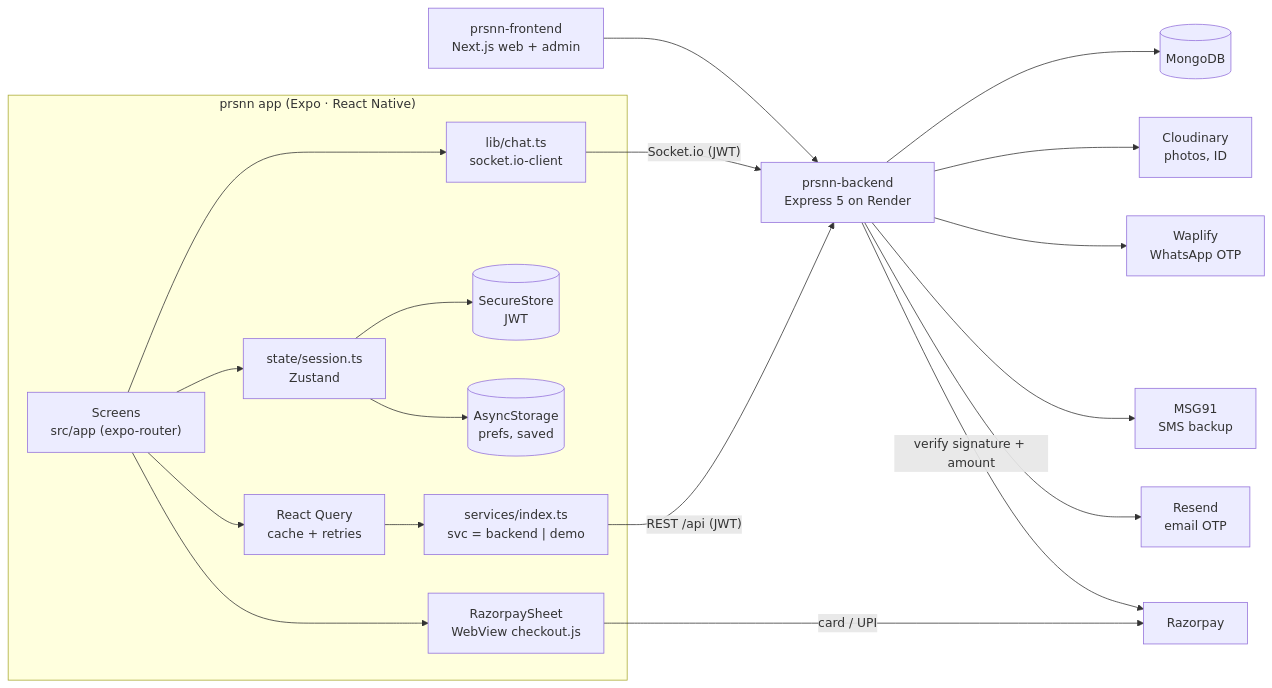
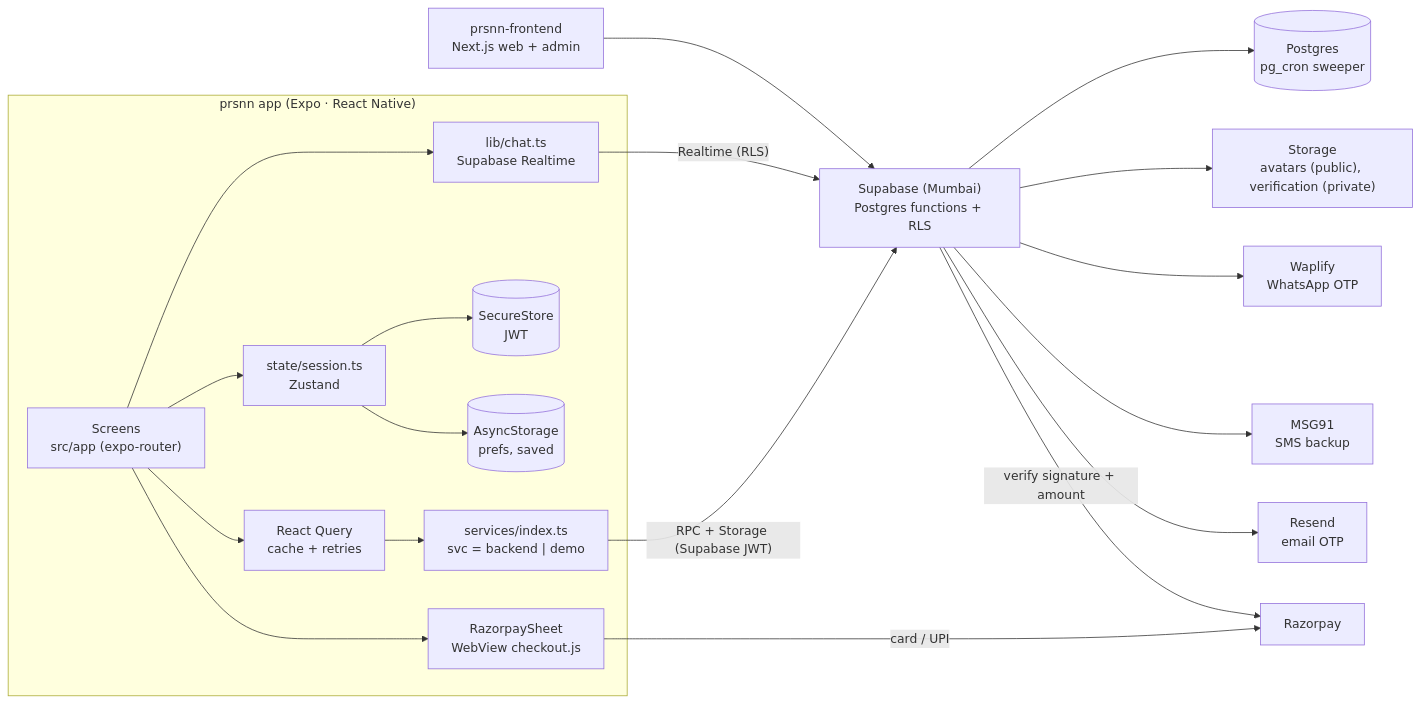
The first of 3 diagrams in Architecture.md (qwink-dinein/prsnn-mobile), drawn with Mermaid before and after one commit. The commit also changed other lines of this file and 22 other files, not shown here.

First line of the commit message:
Switch the app to Supabase: phone OTP auth, RPC data layer, Realtime chat, Storage uploads

````diff
--- a/Architecture.md
+++ b/Architecture.md
@@ -5,22 +5,22 @@
 ```mermaid
 flowchart LR
   subgraph Phone["prsnn app (Expo · React Native)"]
     UI["Screens<br/>src/app (expo-router)"] --> Q["React Query<br/>cache + retries"]
     Q --> SVC["services/index.ts<br/>svc = backend | demo"]
     UI --> SES["state/session.ts<br/>Zustand"]
     SES --> SS[("SecureStore<br/>JWT")]
     SES --> AS[("AsyncStorage<br/>prefs, saved")]
-    UI --> CHAT["lib/chat.ts<br/>socket.io-client"]
+    UI --> CHAT["lib/chat.ts<br/>Supabase Realtime"]
     UI --> RZ["RazorpaySheet<br/>WebView checkout.js"]
   end
-  SVC -- "REST /api (JWT)" --> BE["prsnn-backend<br/>Express 5 on Render"]
-  CHAT -- "Socket.io (JWT)" --> BE
+  SVC -- "RPC + Storage (Supabase JWT)" --> BE["Supabase (Mumbai)<br/>Postgres functions + RLS"]
+  CHAT -- "Realtime (RLS)" --> BE
   RZ -- "card / UPI" --> RP["Razorpay"]
-  BE --> DB[("MongoDB")]
-  BE --> CL["Cloudinary<br/>photos, ID"]
+  BE --> DB[("Postgres<br/>pg_cron sweeper")]
+  BE --> CL["Storage<br/>avatars (public), verification (private)"]
   BE --> WA["Waplify<br/>WhatsApp OTP"]
   BE --> SMS["MSG91<br/>SMS backup"]
   BE --> RS["Resend<br/>email OTP"]
   BE -- "verify signature + amount" --> RP
   WEB["prsnn-frontend<br/>Next.js web + admin"] --> BE
 ```
````
